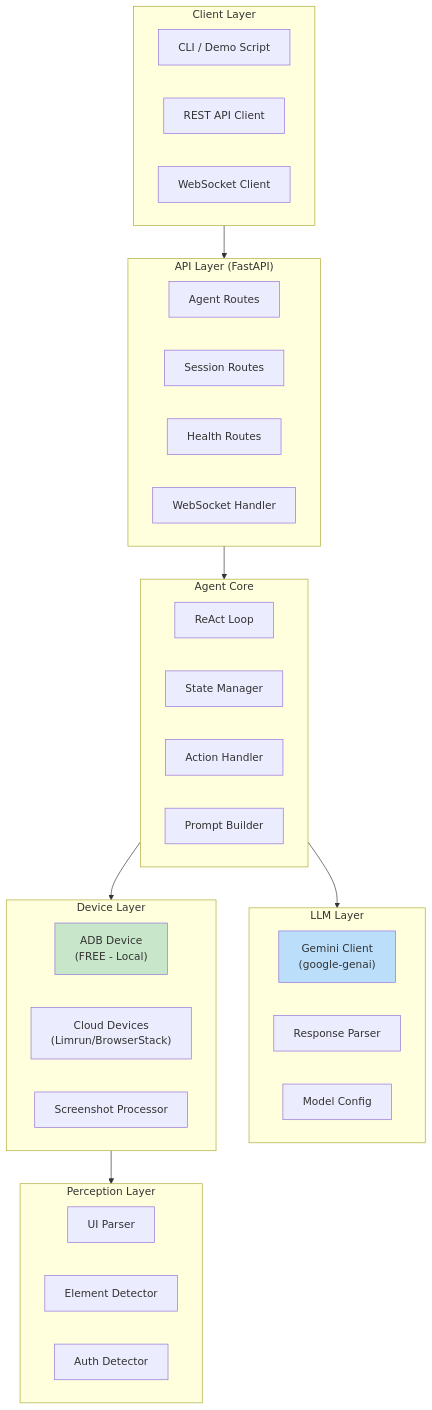
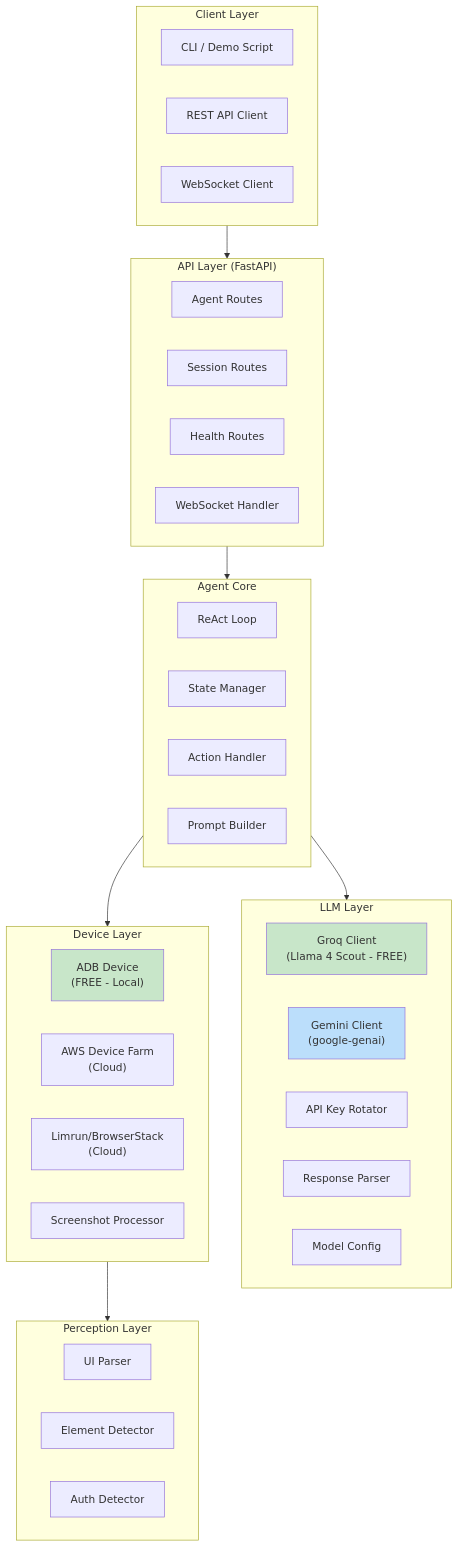
One commit to varunaditya27/android-ai-agent changed the second of 3 diagrams in README.md. Above: the diagram before and after it, drawn with Mermaid. The commit also changed other lines of this file and 1 other file, not shown here.

Commit message:
Update README and ARCHITECTURE files

````diff
--- a/README.md
+++ b/README.md
@@ -100,49 +112,53 @@
 ```mermaid
 flowchart TB
     subgraph Client["Client Layer"]
         CLI["CLI / Demo Script"]
         REST["REST API Client"]
         WS["WebSocket Client"]
     end
-    
+
     subgraph API["API Layer (FastAPI)"]
         AgentRoutes["Agent Routes"]
         SessionRoutes["Session Routes"]
         HealthRoutes["Health Routes"]
         WSHandler["WebSocket Handler"]
     end
-    
+
     subgraph Agent["Agent Core"]
         ReAct["ReAct Loop"]
         State["State Manager"]
         Actions["Action Handler"]
         Prompts["Prompt Builder"]
     end
-    
+
     subgraph LLM["LLM Layer"]
-        Gemini["Gemini Client<br/>(google-genai)"]
+        GroqClient["Groq Client<br/>(Llama 4 Scout - FREE)"]
+        GeminiClient["Gemini Client<br/>(google-genai)"]
+        KeyRotator["API Key Rotator"]
         Parser["Response Parser"]
         Models["Model Config"]
     end
-    
+
     subgraph Device["Device Layer"]
         ADB["ADB Device<br/>(FREE - Local)"]
-        Cloud["Cloud Devices<br/>(Limrun/BrowserStack)"]
+        AWS["AWS Device Farm<br/>(Cloud)"]
+        Cloud["Limrun/BrowserStack<br/>(Cloud)"]
         Screenshot["Screenshot Processor"]
     end
-    
+
     subgraph Perception["Perception Layer"]
         UIParser["UI Parser"]
         ElementDetector["Element Detector"]
         AuthDetector["Auth Detector"]
     end
-    
+
     Client --> API
     API --> Agent
     Agent --> LLM
     Agent --> Device
     Device --> Perception
-    
+
     style ADB fill:#c8e6c9
-    style Gemini fill:#bbdefb
+    style GroqClient fill:#c8e6c9
+    style GeminiClient fill:#bbdefb
 ```
````
